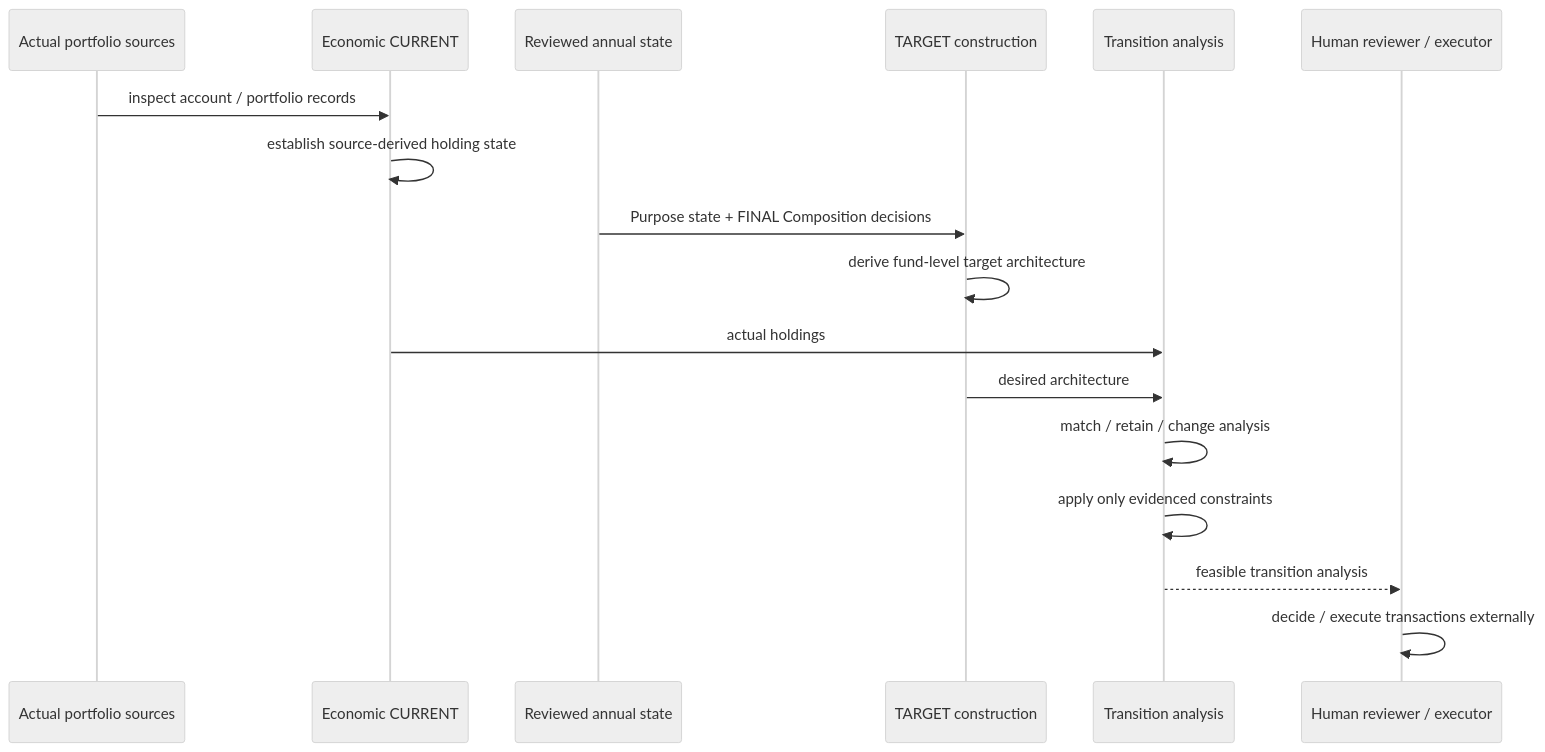
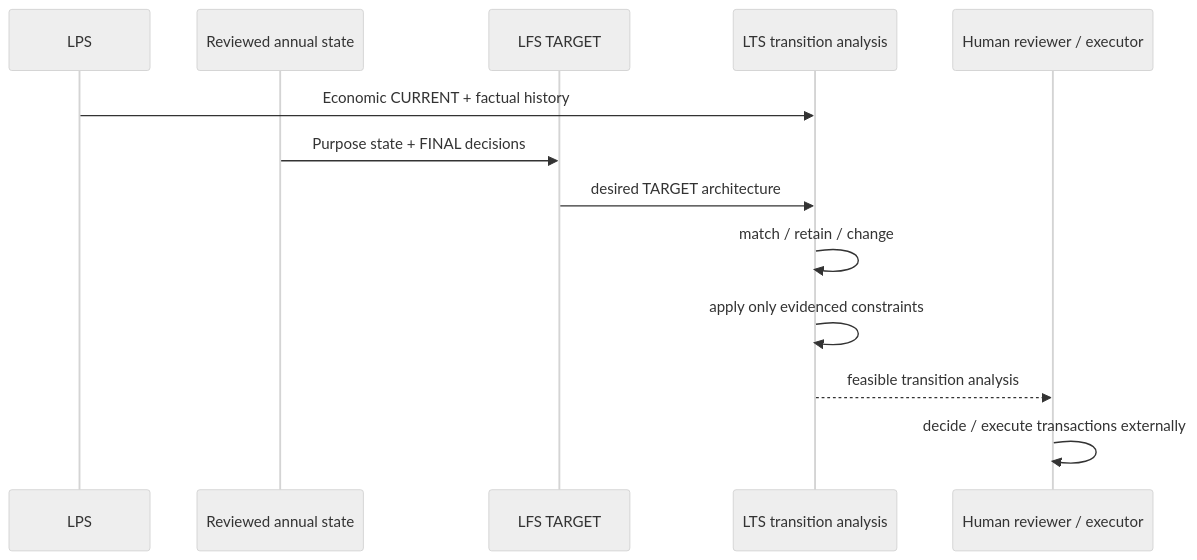
One commit to rrajeshkannan/lakshya changed diagram 12 of 13 in docs/Lakshya_Pipeline_Sequence.md. Above: the diagram before and after it, drawn with Mermaid (neutral theme). The commit also changed other lines of this file, not shown here.

Commit message:
Align pipeline sequence with LPS LFS LTS

````diff
--- a/docs/Lakshya_Pipeline_Sequence.md
+++ b/docs/Lakshya_Pipeline_Sequence.md
@@ -389,20 +509,16 @@
 ```mermaid
 sequenceDiagram
-    participant Source as Actual portfolio sources
-    participant Current as Economic CURRENT
+    participant LPS as LPS
     participant Review as Reviewed annual state
-    participant Target as TARGET construction
-    participant Compare as Transition analysis
+    participant Target as LFS TARGET
+    participant Compare as LTS transition analysis
     participant Human as Human reviewer / executor
 
-    Source->>Current: inspect account / portfolio records
-    Current->>Current: establish source-derived holding state
-    Review->>Target: Purpose state + FINAL Composition decisions
-    Target->>Target: derive fund-level target architecture
-    Current->>Compare: actual holdings
-    Target->>Compare: desired architecture
-    Compare->>Compare: match / retain / change analysis
+    LPS->>Compare: Economic CURRENT + factual history
+    Review->>Target: Purpose state + FINAL decisions
+    Target->>Compare: desired TARGET architecture
+    Compare->>Compare: match / retain / change
     Compare->>Compare: apply only evidenced constraints
     Compare-->>Human: feasible transition analysis
     Human->>Human: decide / execute transactions externally
 ```
````
